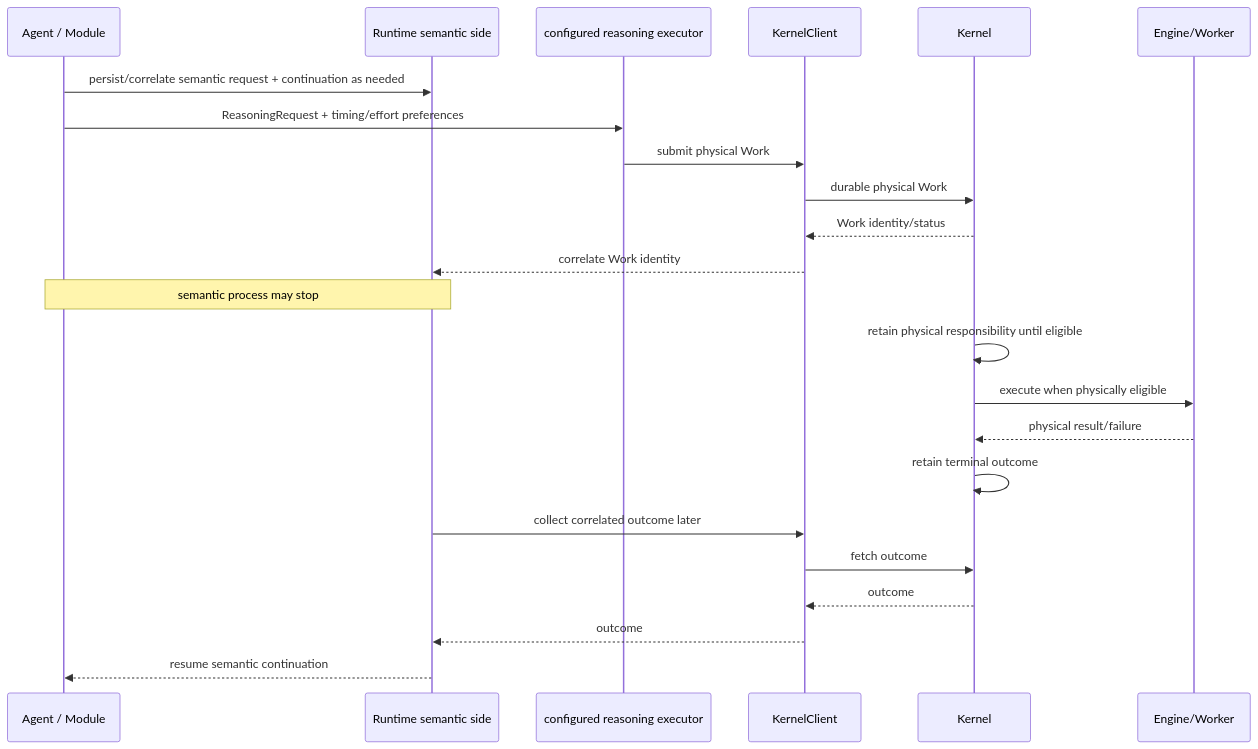
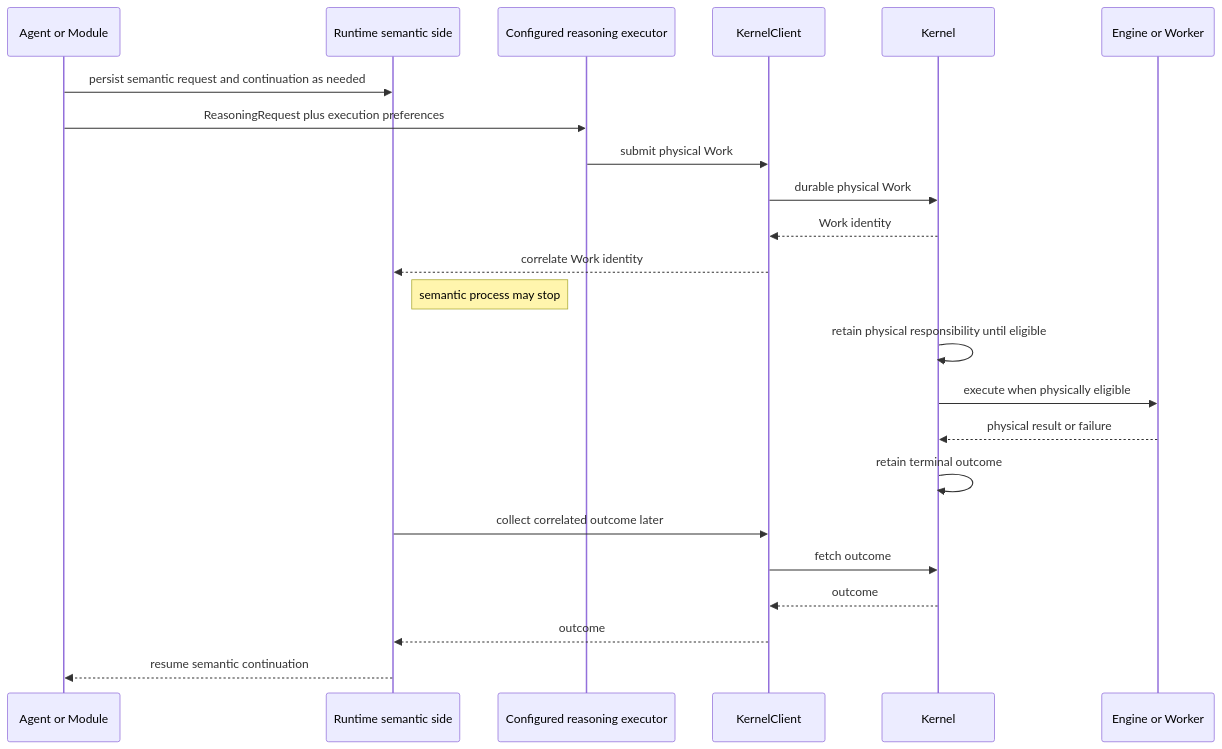
One commit to DidacLL/MADRE changed the tenth of 12 diagrams in docs/architecture/mid-level-architecture.md. Above: the diagram before and after it, drawn with Mermaid. The commit also changed other lines of this file, not shown here.

Commit message:
docs: restore SPIRA contracts in mid-level architecture

````diff
--- a/docs/architecture/mid-level-architecture.md
+++ b/docs/architecture/mid-level-architecture.md
@@ -317,26 +470,26 @@
 ```mermaid
 sequenceDiagram
-    participant A as Agent / Module
+    participant A as Agent or Module
     participant R as Runtime semantic side
-    participant X as configured reasoning executor
+    participant X as Configured reasoning executor
     participant C as KernelClient
     participant K as Kernel
-    participant E as Engine/Worker
+    participant E as Engine or Worker
 
-    A->>R: persist/correlate semantic request + continuation as needed
-    A->>X: ReasoningRequest + timing/effort preferences
+    A->>R: persist semantic request and continuation as needed
+    A->>X: ReasoningRequest plus execution preferences
     X->>C: submit physical Work
     C->>K: durable physical Work
-    K-->>C: Work identity/status
+    K-->>C: Work identity
     C-->>R: correlate Work identity
-    Note over A,R: semantic process may stop
+    Note right of R: semantic process may stop
     K->>K: retain physical responsibility until eligible
     K->>E: execute when physically eligible
-    E-->>K: physical result/failure
+    E-->>K: physical result or failure
     K->>K: retain terminal outcome
     R->>C: collect correlated outcome later
     C->>K: fetch outcome
     K-->>C: outcome
     C-->>R: outcome
     R-->>A: resume semantic continuation
 ```
````
